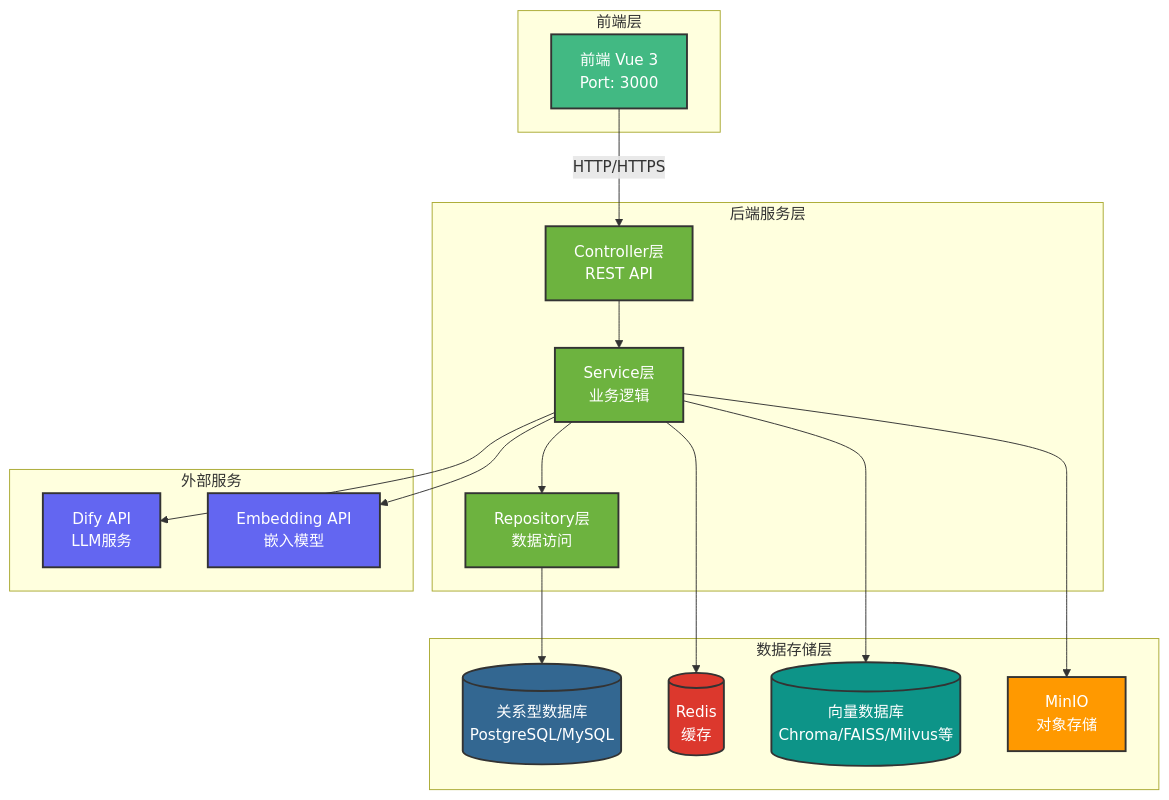
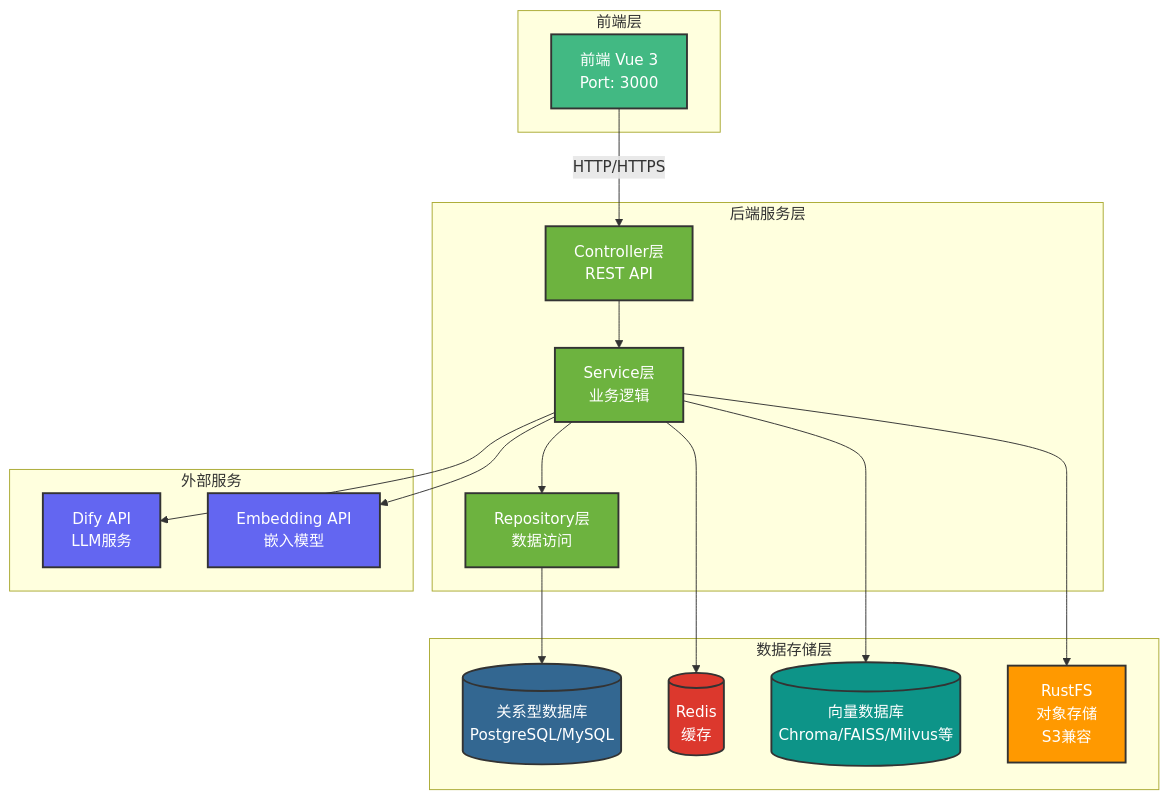
The first of 3 diagrams in backend/README-backend.md (NanoAgentCode/DifyApp), drawn with Mermaid before and after one commit. The commit also changed other lines of this file and 5 other files, not shown here.

````diff
--- a/backend/README-backend.md
+++ b/backend/README-backend.md
@@ -61,45 +61,45 @@
 ```mermaid
 graph TB
     subgraph "前端层"
         Frontend[前端 Vue 3<br/>Port: 3000]
     end
     
     subgraph "后端服务层"
         Controller[Controller层<br/>REST API]
         Service[Service层<br/>业务逻辑]
         Repository[Repository层<br/>数据访问]
     end
     
     subgraph "数据存储层"
         DB[(关系型数据库<br/>PostgreSQL/MySQL)]
         Redis[(Redis<br/>缓存)]
         VectorDB[(向量数据库<br/>Chroma/FAISS/Milvus等)]
-        MinIO[MinIO<br/>对象存储]
+        RustFS[RustFS<br/>对象存储<br/>S3兼容]
     end
     
     subgraph "外部服务"
         DifyAPI[Dify API<br/>LLM服务]
         EmbeddingAPI[Embedding API<br/>嵌入模型]
     end
     
     Frontend -->|HTTP/HTTPS| Controller
     Controller --> Service
     Service --> Repository
     Repository --> DB
     Service --> Redis
     Service --> VectorDB
-    Service --> MinIO
+    Service --> RustFS
     Service --> DifyAPI
     Service --> EmbeddingAPI
     
     style Frontend fill:#42b983,stroke:#333,stroke-width:2px,color:#fff
     style Controller fill:#6db33f,stroke:#333,stroke-width:2px,color:#fff
     style Service fill:#6db33f,stroke:#333,stroke-width:2px,color:#fff
     style Repository fill:#6db33f,stroke:#333,stroke-width:2px,color:#fff
     style DB fill:#336791,stroke:#333,stroke-width:2px,color:#fff
     style Redis fill:#dc382d,stroke:#333,stroke-width:2px,color:#fff
     style VectorDB fill:#0d9488,stroke:#333,stroke-width:2px,color:#fff
-    style MinIO fill:#ff9900,stroke:#333,stroke-width:2px,color:#fff
+    style RustFS fill:#ff9900,stroke:#333,stroke-width:2px,color:#fff
     style DifyAPI fill:#6366f1,stroke:#333,stroke-width:2px,color:#fff
     style EmbeddingAPI fill:#6366f1,stroke:#333,stroke-width:2px,color:#fff
 ```
````
